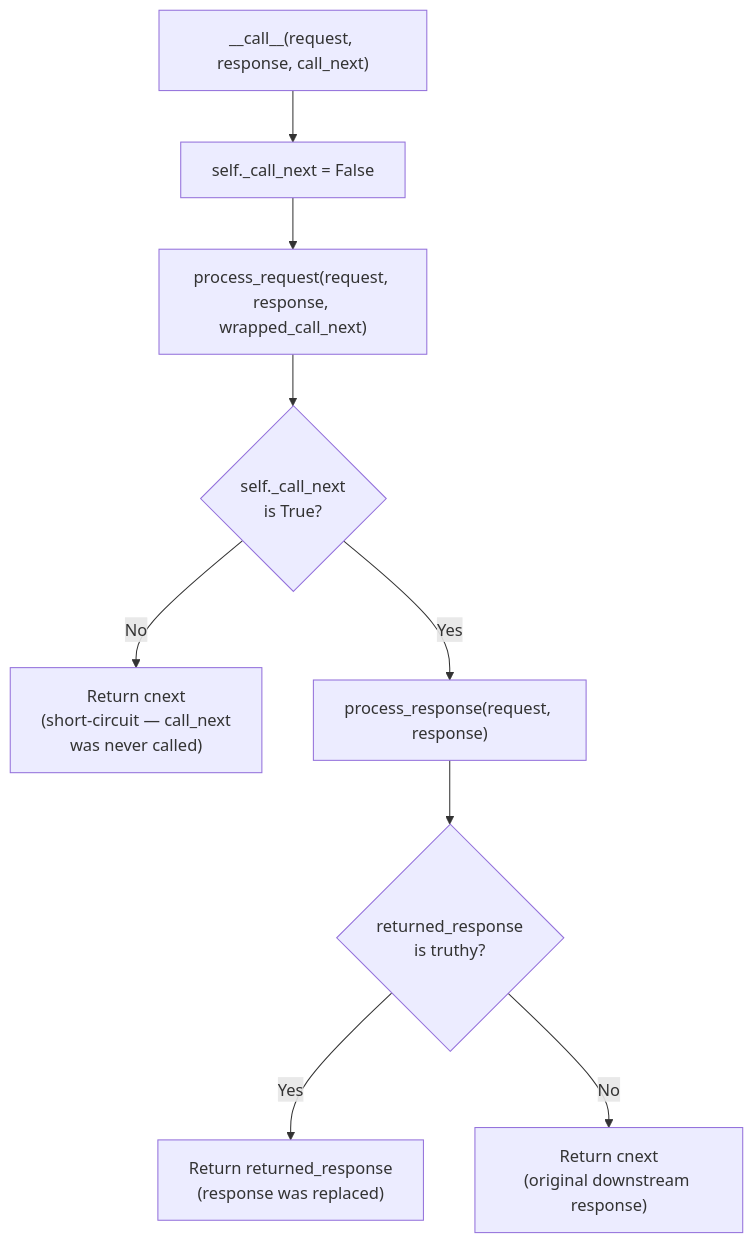
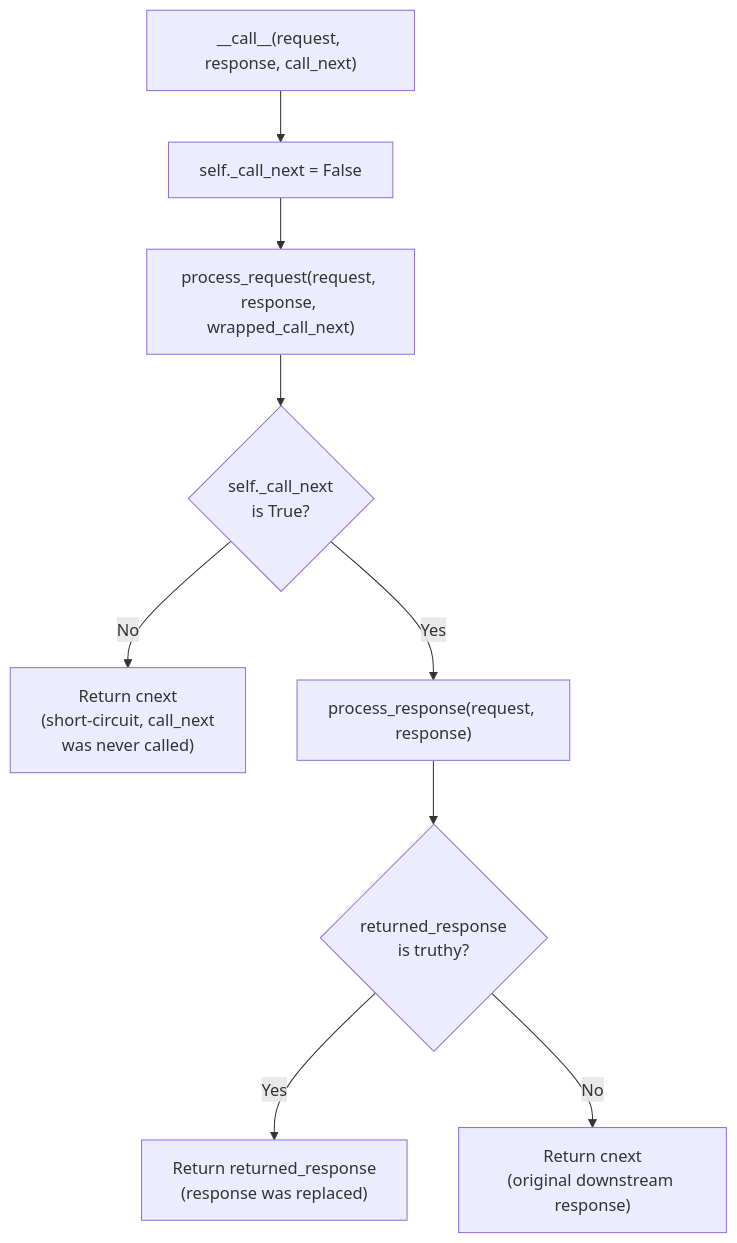
One commit to sillohq/core changed the fifth of 17 diagrams in docs/docs/src/content/docs/advanced/middleware.md. Above: the diagram before and after it, drawn with Mermaid. The commit also changed other lines of this file and 233 other files, not shown here.

````diff
--- a/docs/docs/src/content/docs/advanced/middleware.md
+++ b/docs/docs/src/content/docs/advanced/middleware.md
@@ -303,18 +307,18 @@
 ```mermaid
 flowchart TD
     START["__call__(request, response, call_next)"]
     RESET["self._call_next = False"]
     PR["process_request(request, response, wrapped_call_next)"]
     CHECK{"self._call_next\nis True?"}
-    SHORT["Return cnext\n(short-circuit — call_next\nwas never called)"]
+    SHORT["Return cnext\n(short-circuit, call_next\nwas never called)"]
     PRESP["process_response(request, response)"]
     RET_CHECK{"returned_response\nis truthy?"}
     RET_MOD["Return returned_response\n(response was replaced)"]
     RET_ORIG["Return cnext\n(original downstream response)"]
 
     START --> RESET --> PR --> CHECK
     CHECK -->|"No"| SHORT
     CHECK -->|"Yes"| PRESP --> RET_CHECK
     RET_CHECK -->|"Yes"| RET_MOD
     RET_CHECK -->|"No"| RET_ORIG
 ```
````
